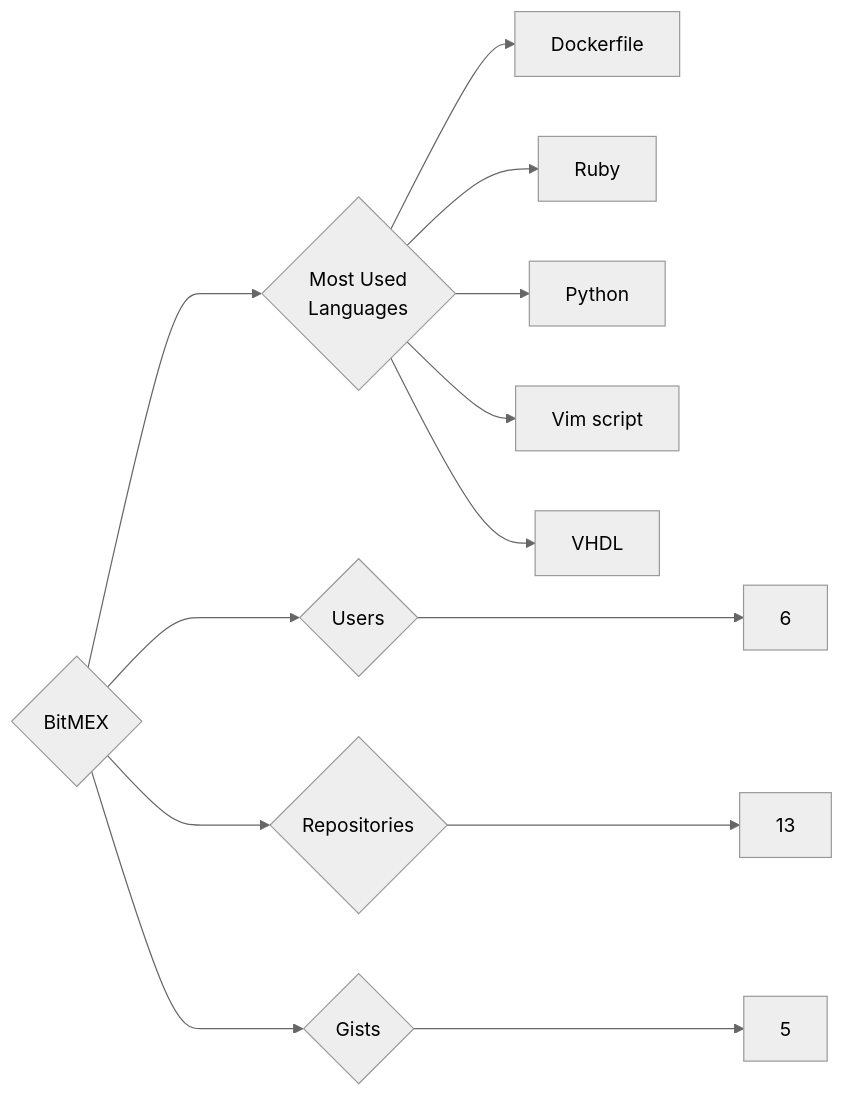
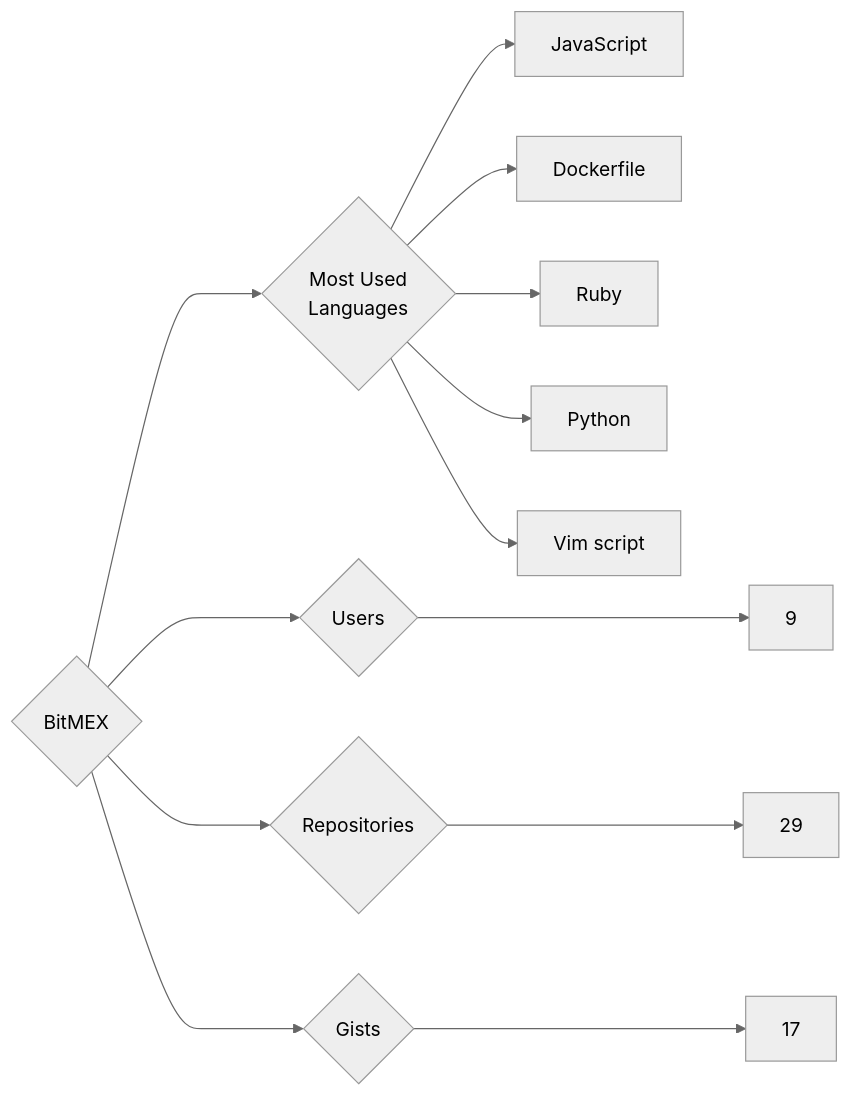
One commit to trickest/insiders changed the diagram in targets/BitMEX/README.md. Above: the diagram before and after it, drawn with Mermaid (neutral theme). The commit also changed 873 other files, not shown here.

````diff
--- a/targets/BitMEX/README.md
+++ b/targets/BitMEX/README.md
@@ -3,13 +3,13 @@
 ```mermaid
 graph LR
 COMPANY_NAME{BitMEX}
-COMPANY_NAME ---> U{Users} ---> UN[6]
-COMPANY_NAME ---> R{Repositories} ---> RN[13]
-COMPANY_NAME ---> G{Gists} ---> GN[5]
+COMPANY_NAME ---> U{Users} ---> UN[9]
+COMPANY_NAME ---> R{Repositories} ---> RN[29]
+COMPANY_NAME ---> G{Gists} ---> GN[17]
 COMPANY_NAME ---> ML{Most Used<br>Languages}
+ML --> JavaScript[JavaScript]
 ML --> Dockerfile[Dockerfile]
 ML --> Ruby[Ruby]
 ML --> Python[Python]
 ML --> Vim_script[Vim script]
-ML --> VHDL[VHDL]
 ```
````
